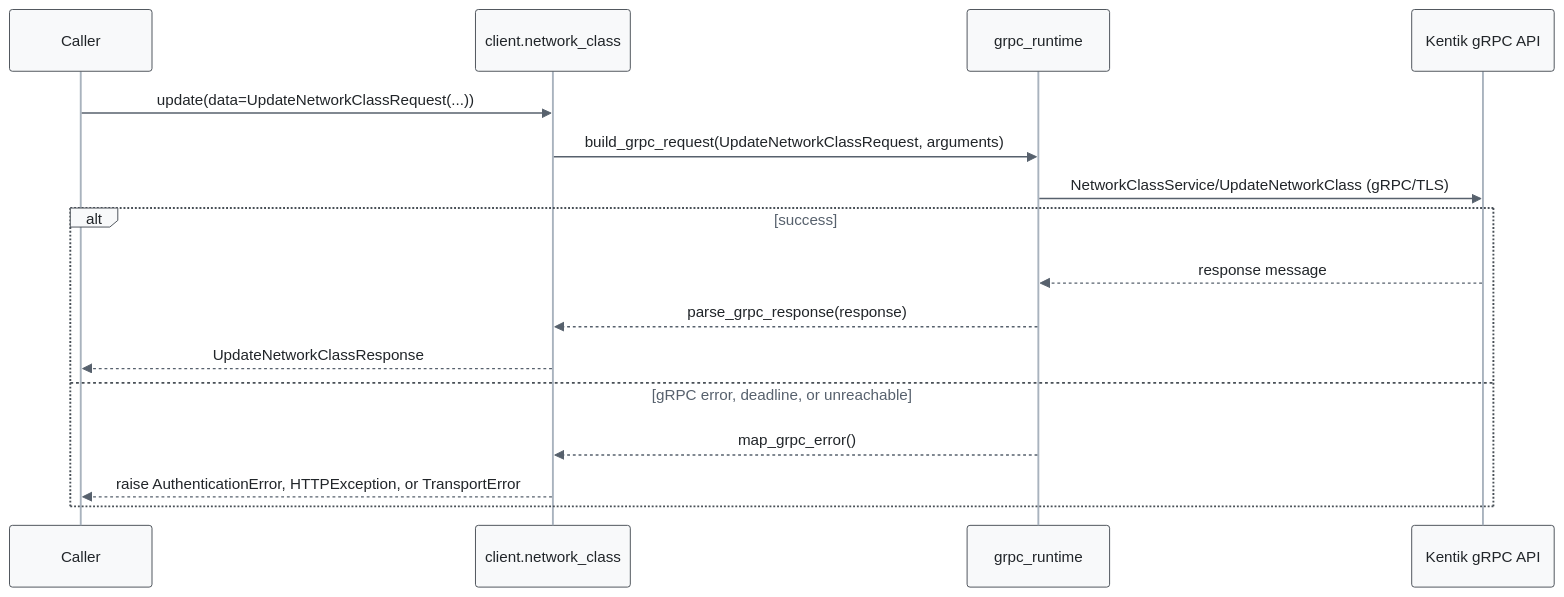
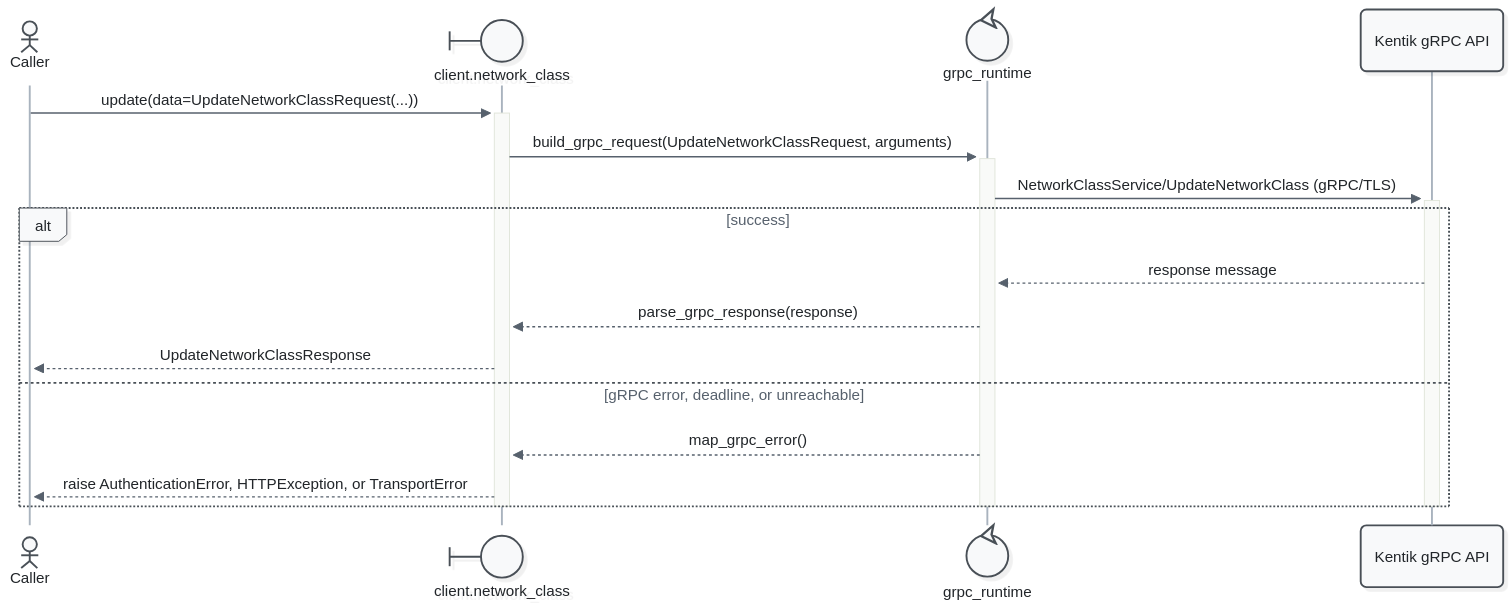
Before and after one commit to alexdearaujo/community_sdk_python: the fourth of 5 diagrams in docs/sphinx/services/network_class.md, drawn with Mermaid. The commit also changed other lines of this file and 52 other files, not shown here.

First line of the commit message:
docs: Mermaid 12 sequence diagrams with participant types and path colors

````diff
--- a/docs/sphinx/services/network_class.md
+++ b/docs/sphinx/services/network_class.md
@@ -125,20 +132,23 @@
 ```mermaid
-%%{init: {"theme": "base", "fontFamily": "ui-monospace, SFMono-Regular, Menlo, monospace", "themeVariables": {"fontFamily": "ui-monospace, SFMono-Regular, Menlo, monospace", "primaryColor": "#f8f9fa", "primaryBorderColor": "#495057", "primaryTextColor": "#212529", "textColor": "#212529", "lineColor": "#77818c", "edgeLabelBackground": "#ffffff", "actorBkg": "#f8f9fa", "actorBorder": "#495057", "actorTextColor": "#212529", "actorLineColor": "#a9b3be", "signalColor": "#57616d", "signalTextColor": "#212529", "labelBoxBkgColor": "#f8f9fa", "labelBoxBorderColor": "#495057", "labelTextColor": "#212529", "loopTextColor": "#57616d", "noteBkgColor": "#fff9db", "noteBorderColor": "#f08c00", "noteTextColor": "#a35a00"}, "flowchart": {"curve": "step", "nodeSpacing": 30, "rankSpacing": 70, "wrappingWidth": 400}}}%%
+%%{init: {"theme": "redux", "look": "neo", "layout": "dagre", "fontFamily": "ui-monospace, SFMono-Regular, Menlo, monospace", "themeVariables": {"fontFamily": "ui-monospace, SFMono-Regular, Menlo, monospace", "primaryColor": "#f8f9fa", "primaryBorderColor": "#495057", "primaryTextColor": "#212529", "textColor": "#212529", "lineColor": "#77818c", "edgeLabelBackground": "#ffffff", "actorBkg": "#f8f9fa", "actorBorder": "#495057", "actorTextColor": "#212529", "actorLineColor": "#a9b3be", "signalColor": "#57616d", "signalTextColor": "#212529", "labelBoxBkgColor": "#f8f9fa", "labelBoxBorderColor": "#495057", "labelTextColor": "#212529", "loopTextColor": "#57616d", "noteBkgColor": "#fff9db", "noteBorderColor": "#f08c00", "noteTextColor": "#a35a00"}, "sequence": {"activationWidth": 16}, "flowchart": {"curve": "step", "nodeSpacing": 30, "rankSpacing": 70, "wrappingWidth": 400}}}%%
 sequenceDiagram
-    participant C as Caller
-    participant W as client.network_class
-    participant R as grpc_runtime
+    actor C as Caller
+    participant W@{ "type": "boundary" } as client.network_class
+    participant R@{ "type": "control" } as grpc_runtime
     participant API as Kentik gRPC API
 
-    C->>W: update(data=UpdateNetworkClassRequest(...))
-    W->>R: build_grpc_request(UpdateNetworkClassRequest, arguments)
-    R->>API: NetworkClassService/UpdateNetworkClass (gRPC/TLS)
+    C->>+W: update(data=UpdateNetworkClassRequest(...))
+    W->>+R: build_grpc_request(UpdateNetworkClassRequest, arguments)
+    R->>+API: NetworkClassService/UpdateNetworkClass (gRPC/TLS)
     alt success
         API-->>R: response message
         R-->>W: parse_grpc_response(response)
         W-->>C: UpdateNetworkClassResponse
     else gRPC error, deadline, or unreachable
         R-->>W: map_grpc_error()
         W-->>C: raise AuthenticationError, HTTPException, or TransportError
     end
+    deactivate API
+    deactivate R
+    deactivate W
 ```
````
